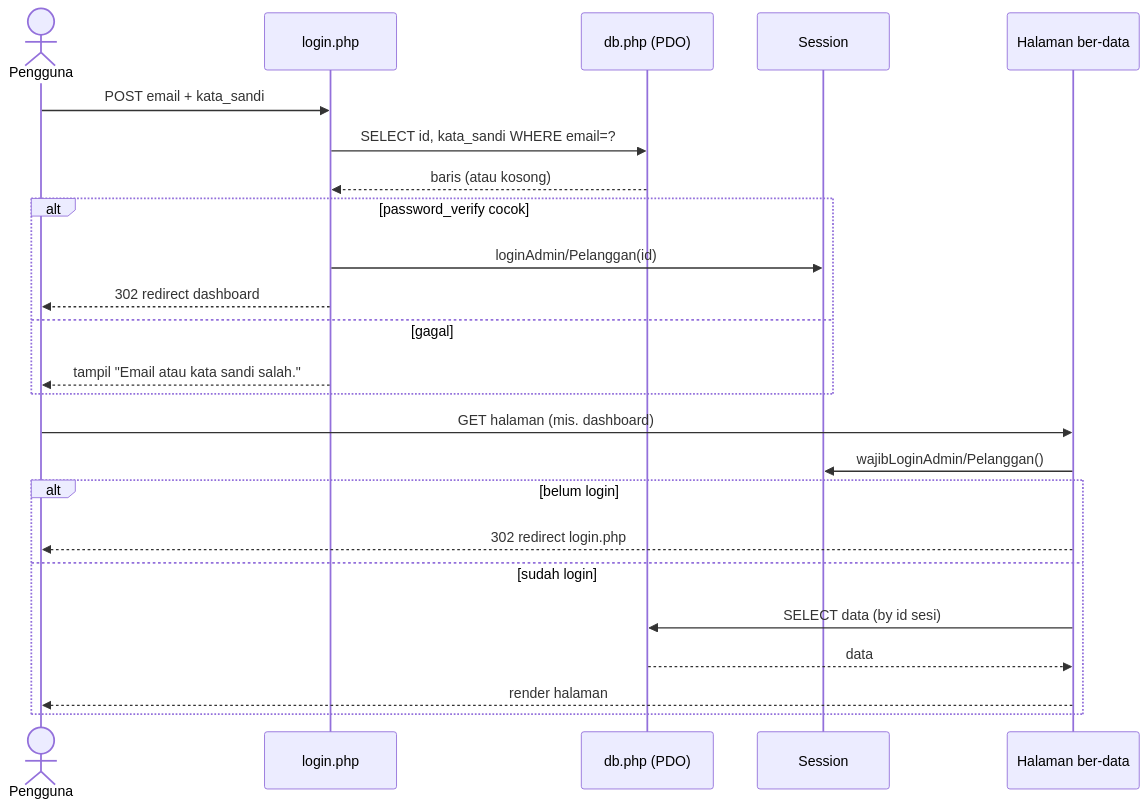
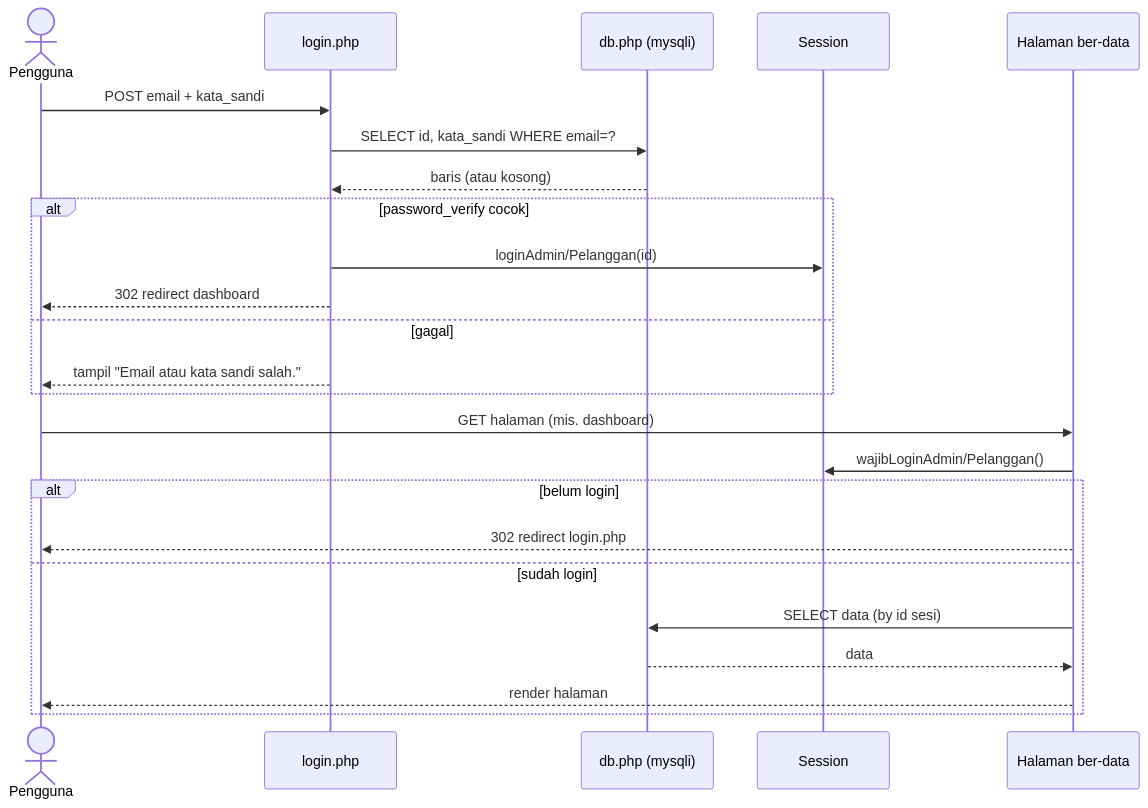
One commit to mramdann/rknet changed the third of 6 diagrams in docs/DOKUMENTASI.md. Above: the diagram before and after it, drawn with Mermaid. The commit also changed other lines of this file and 1 other file, not shown here.

Commit message:
docs: perbarui dokumentasi untuk lapisan data mysqli

````diff
--- a/docs/DOKUMENTASI.md
+++ b/docs/DOKUMENTASI.md
@@ -211,28 +211,28 @@
 ```mermaid
 sequenceDiagram
     actor U as Pengguna
     participant L as login.php
-    participant DB as db.php (PDO)
+    participant DB as db.php (mysqli)
     participant S as Session
     participant P as Halaman ber-data
 
     U->>L: POST email + kata_sandi
     L->>DB: SELECT id, kata_sandi WHERE email=?
     DB-->>L: baris (atau kosong)
     alt password_verify cocok
         L->>S: loginAdmin/Pelanggan(id)
         L-->>U: 302 redirect dashboard
     else gagal
         L-->>U: tampil "Email atau kata sandi salah."
     end
 
     U->>P: GET halaman (mis. dashboard)
     P->>S: wajibLoginAdmin/Pelanggan()
     alt belum login
         P-->>U: 302 redirect login.php
     else sudah login
         P->>DB: SELECT data (by id sesi)
         DB-->>P: data
         P-->>U: render halaman
     end
 ```
````
